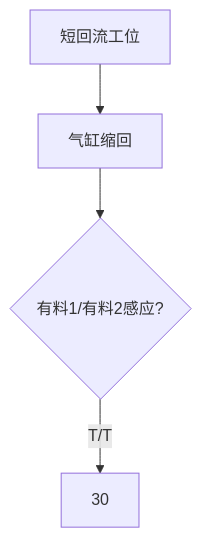
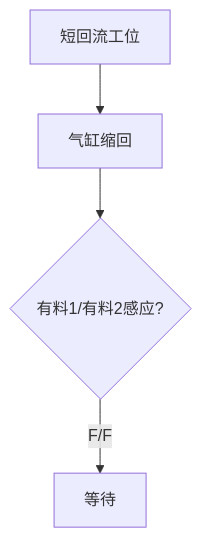
The diagram in all/未命名.md (zmq000/iodraw-files), drawn with Mermaid before and after one commit.

Commit message:
2026-06-17 20:57:27 update

````diff
--- a/all/未命名.md
+++ b/all/未命名.md
@@ -1,7 +1,7 @@
 ```mermaid
 graph TD
 0[短回流工位]-->10
 10[气缸缩回]-->20
-20{有料1/有料2感应?}-->|T/T|30
-30
+20{有料1/有料2感应?}-->|F/F|30
+30[等待]
 ```
````
